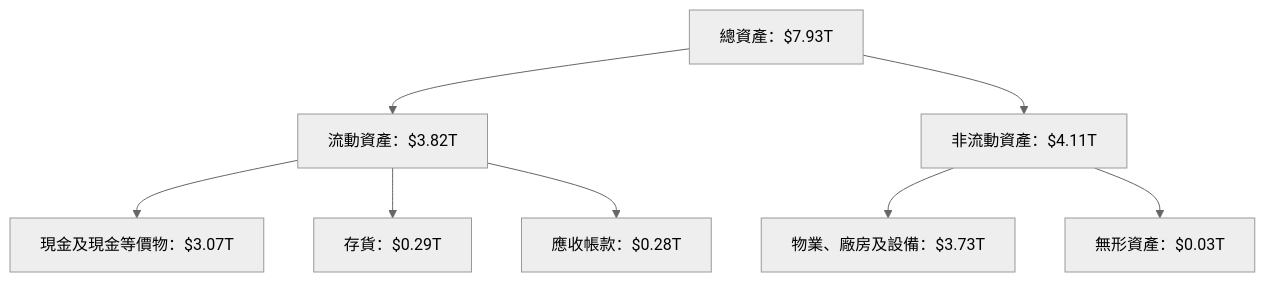
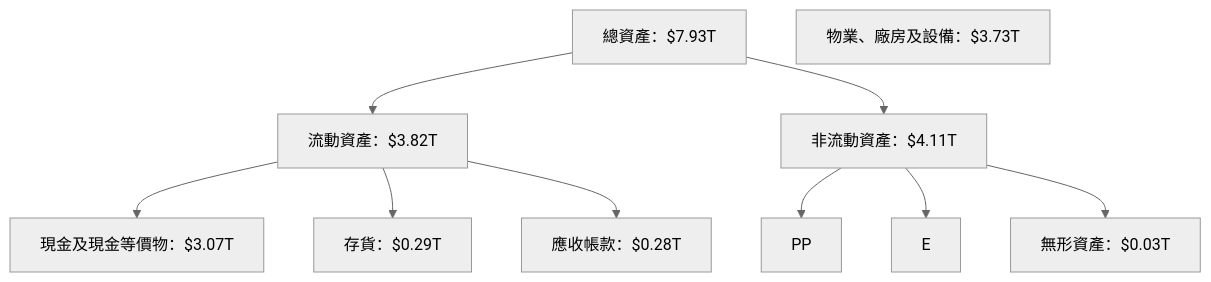
Before and after one commit to yennanliu/finance_data: the sixth of 14 diagrams in ai_gen_report/stock/tsm/fundamental_analysis_2026-04-14_openai.md, drawn with Mermaid (neutral theme). The commit also changed 2258 other files, not shown here.

First line of the commit message:
chore: backfill Mermaid syntax repair across existing reports

````diff
--- a/ai_gen_report/stock/tsm/fundamental_analysis_2026-04-14_openai.md
+++ b/ai_gen_report/stock/tsm/fundamental_analysis_2026-04-14_openai.md
@@ -271,24 +271,24 @@
 ```mermaid
 graph TD
     TOTAL_ASSETS["總資產：$7.93T"]
 
     CURRENT_ASSETS["流動資產：$3.82T"]
     NON_CURRENT_ASSETS["非流動資產：$4.11T"]
 
     CASH_EQUIVALENTS["現金及現金等價物：$3.07T"]
     INVENTORY["存貨：$0.29T"]
     RECEIVABLES["應收帳款：$0.28T"]
 
     PP&E["物業、廠房及設備：$3.73T"]
     INTANGIBLES["無形資產：$0.03T"]
 
     TOTAL_ASSETS --> CURRENT_ASSETS
     TOTAL_ASSETS --> NON_CURRENT_ASSETS
 
     CURRENT_ASSETS --> CASH_EQUIVALENTS
     CURRENT_ASSETS --> INVENTORY
     CURRENT_ASSETS --> RECEIVABLES
 
-    NON_CURRENT_ASSETS --> PP&E
+    NON_CURRENT_ASSETS --> PP  &  E
     NON_CURRENT_ASSETS --> INTANGIBLES
 ```
````
